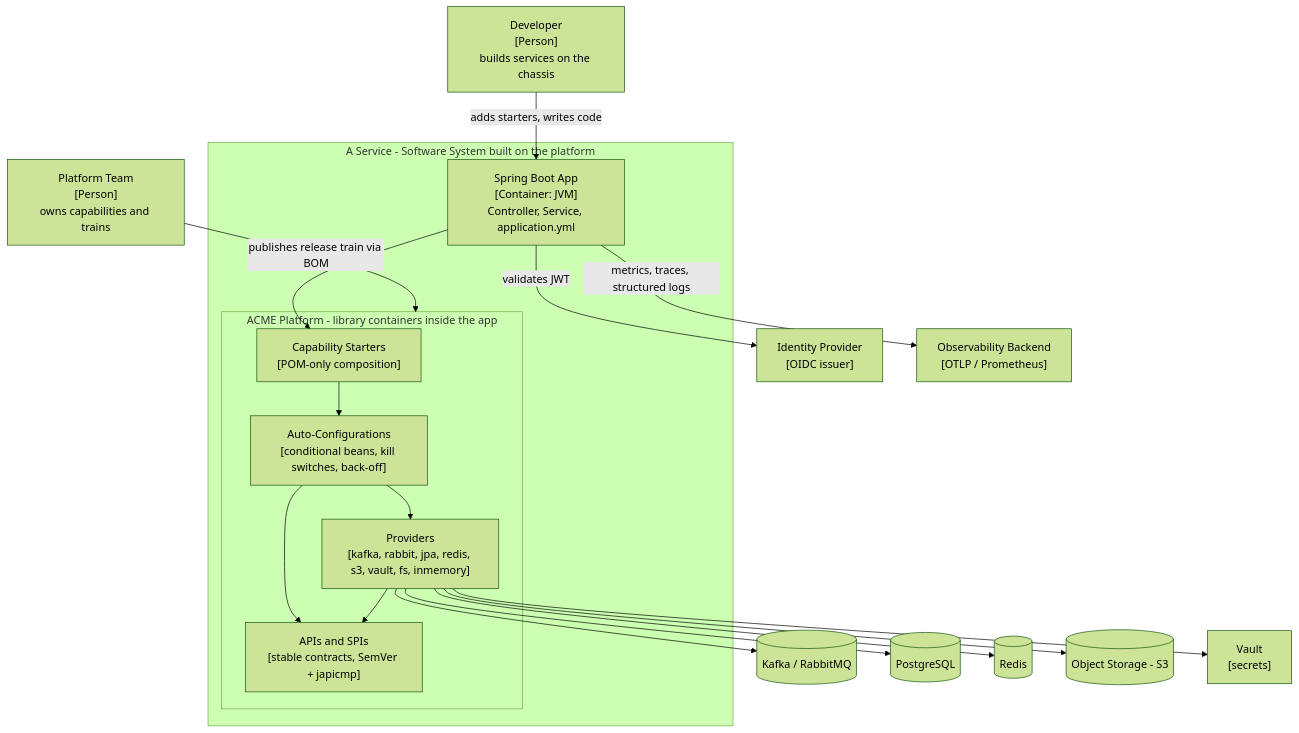
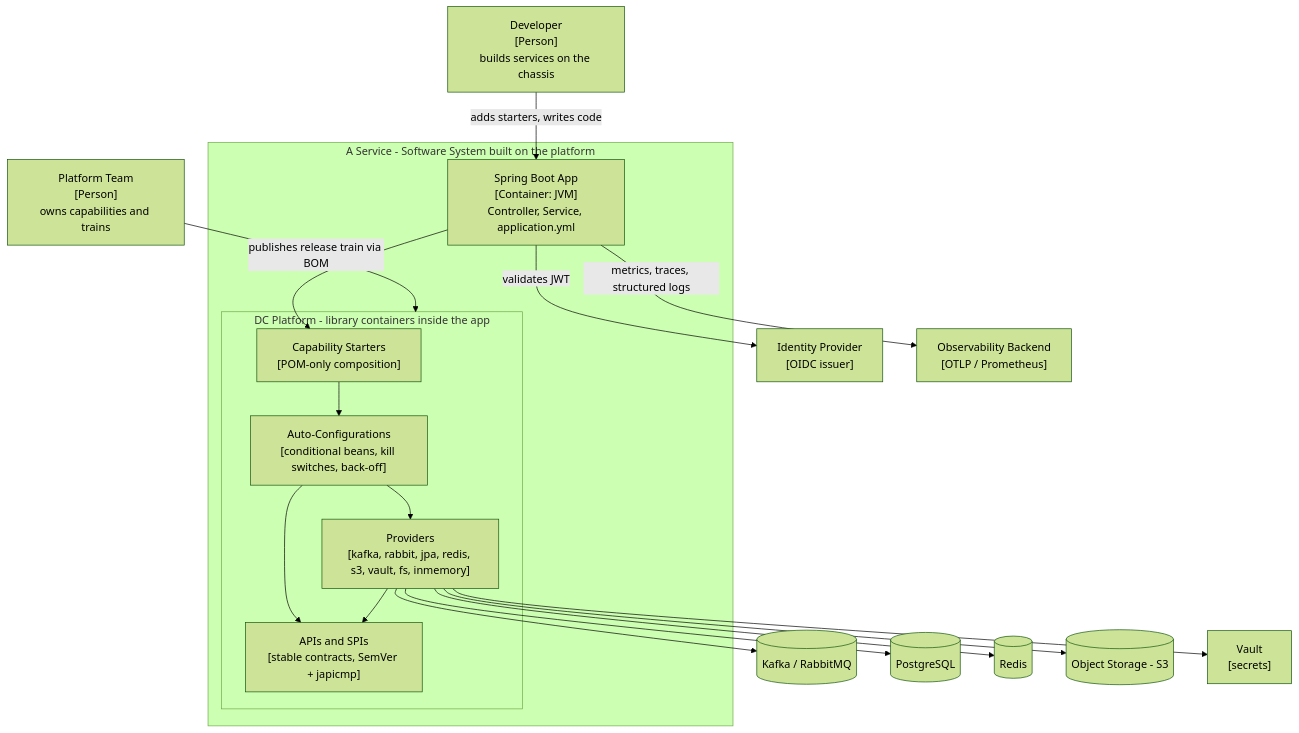
Before and after one commit to muhammadallee/dc-platform: the diagram in docs/diagrams/c4-container.mermaid, drawn with Mermaid (forest theme). The commit also changed 111 other files, not shown here.

```diff
--- a/docs/diagrams/c4-container.mermaid
+++ b/docs/diagrams/c4-container.mermaid
@@ -1,34 +1,34 @@
 flowchart TB
   dev["Developer<br>[Person]<br>builds services on the chassis"]
   pteam["Platform Team<br>[Person]<br>owns capabilities and trains"]
 
   subgraph svc["A Service - Software System built on the platform"]
     app["Spring Boot App<br>[Container: JVM]<br>Controller, Service, application.yml"]
-    subgraph plat["ACME Platform - library containers inside the app"]
+    subgraph plat["DC Platform - library containers inside the app"]
       st["Capability Starters<br>[POM-only composition]"]
       ac["Auto-Configurations<br>[conditional beans, kill switches, back-off]"]
       apispi["APIs and SPIs<br>[stable contracts, SemVer + japicmp]"]
       impl["Providers<br>[kafka, rabbit, jpa, redis, s3, vault, fs, inmemory]"]
     end
   end
 
   idp["Identity Provider<br>[OIDC issuer]"]
   broker[("Kafka / RabbitMQ")]
   db[("PostgreSQL")]
   cache[("Redis")]
   obj[("Object Storage - S3")]
   vault["Vault<br>[secrets]"]
   obs["Observability Backend<br>[OTLP / Prometheus]"]
 
   dev -->|adds starters, writes code| app
   pteam -->|publishes release train via BOM| plat
   app --> st --> ac --> impl
   ac --> apispi
   impl --> apispi
   app -->|validates JWT| idp
   impl --> broker
   impl --> db
   impl --> cache
   impl --> obj
   impl --> vault
   app -->|metrics, traces, structured logs| obs
```
